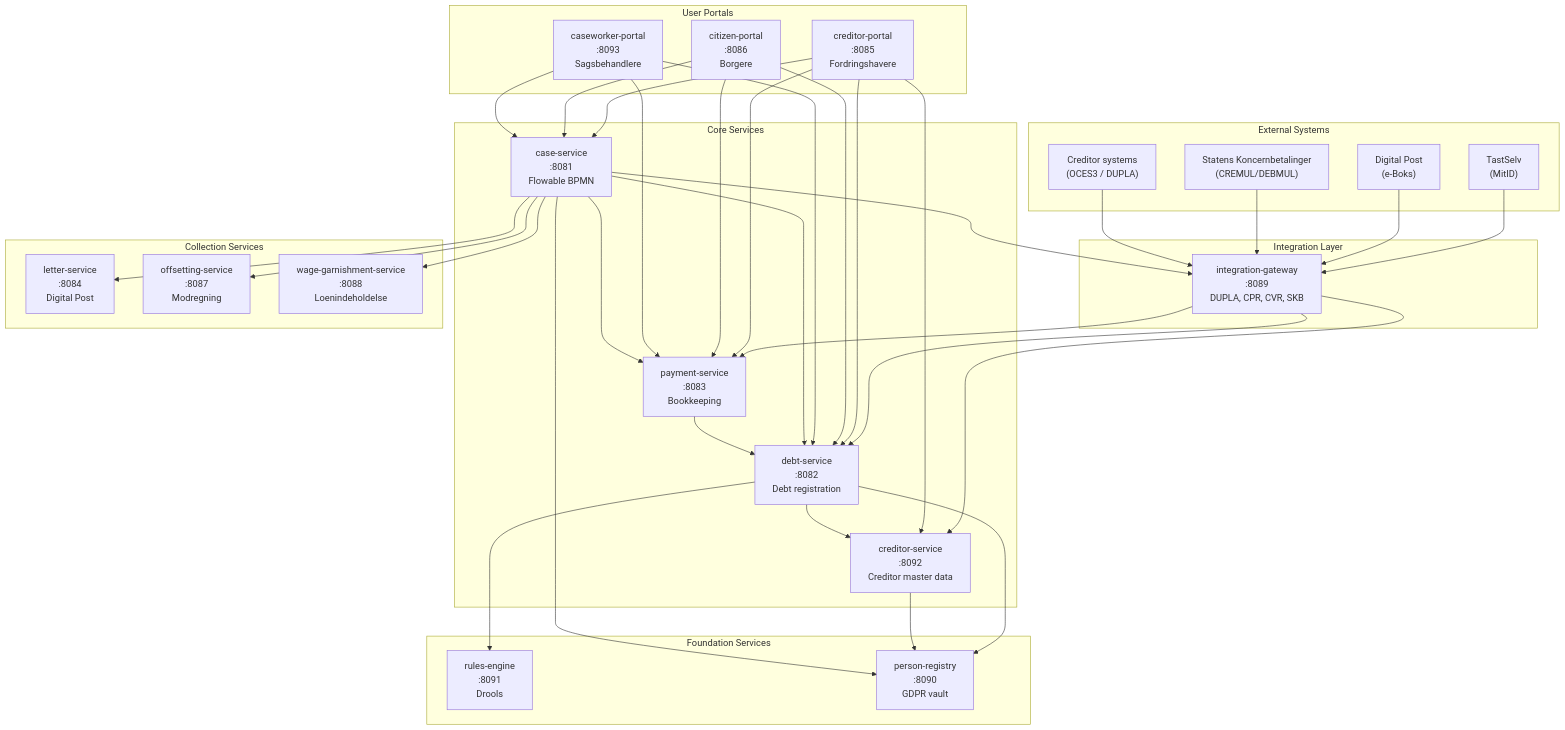
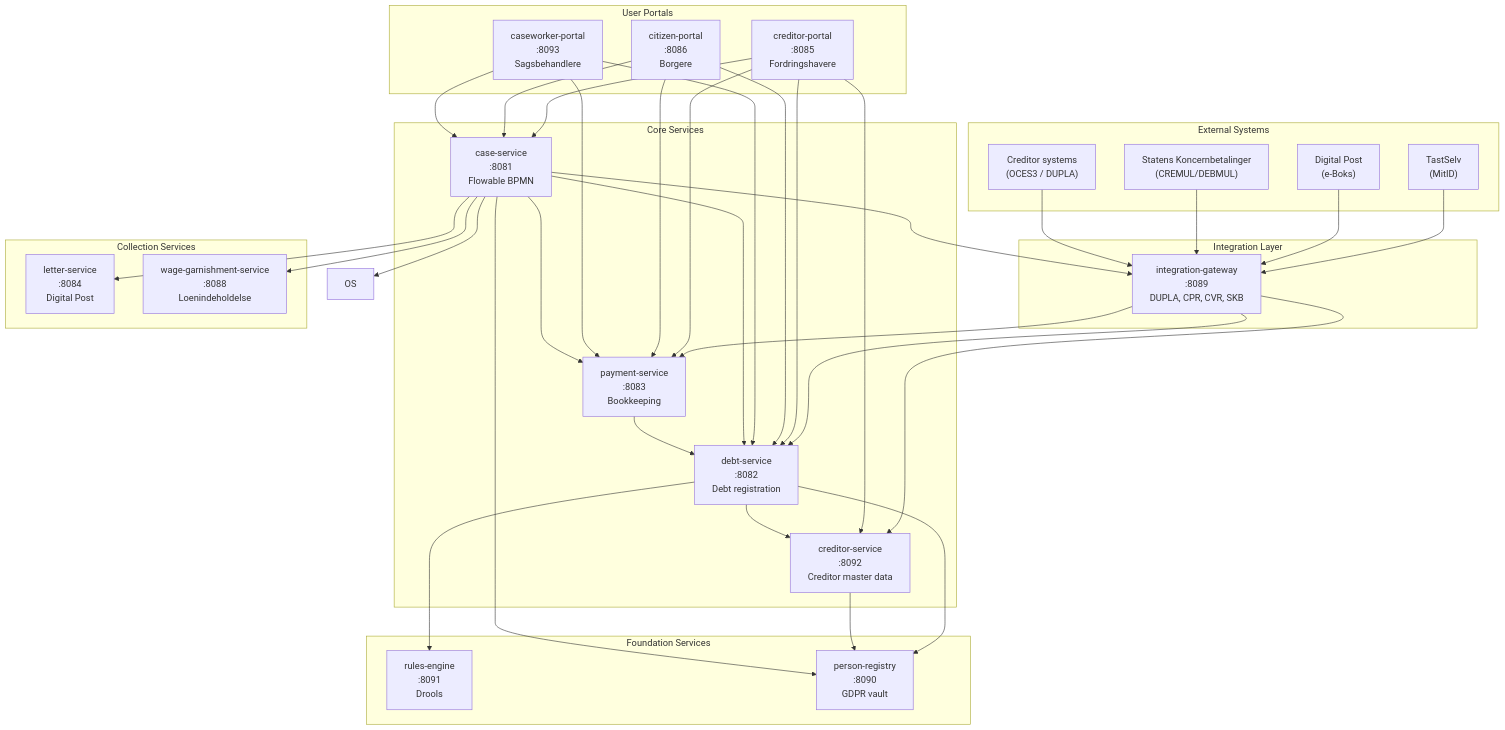
One commit to mfhens/opendebt changed the first of 7 diagrams in docs/architecture-overview.md. Above: the diagram before and after it, drawn with Mermaid. The commit also changed other lines of this file and 41 other files, not shown here.

````diff
--- a/docs/architecture-overview.md
+++ b/docs/architecture-overview.md
@@ -7,71 +7,70 @@
 ```mermaid
 graph TB
     subgraph External["External Systems"]
         TastSelv["TastSelv<br/>(MitID)"]
         DigitalPost["Digital Post<br/>(e-Boks)"]
         SKB["Statens Koncernbetalinger<br/>(CREMUL/DEBMUL)"]
         ES["Creditor systems<br/>(OCES3 / DUPLA)"]
     end
 
     subgraph Gateway["Integration Layer"]
         IG["integration-gateway<br/>:8089<br/>DUPLA, CPR, CVR, SKB"]
     end
 
     subgraph Portals["User Portals"]
         CP["creditor-portal<br/>:8085<br/>Fordringshavere"]
         BP["citizen-portal<br/>:8086<br/>Borgere"]
         CW["caseworker-portal<br/>:8093<br/>Sagsbehandlere"]
     end
 
     subgraph Core["Core Services"]
         DS["debt-service<br/>:8082<br/>Debt registration"]
         CS["case-service<br/>:8081<br/>Flowable BPMN"]
         PS["payment-service<br/>:8083<br/>Bookkeeping"]
         CRS["creditor-service<br/>:8092<br/>Creditor master data"]
     end
 
     subgraph Collection["Collection Services"]
         LS["letter-service<br/>:8084<br/>Digital Post"]
-        OS["offsetting-service<br/>:8087<br/>Modregning"]
         WG["wage-garnishment-service<br/>:8088<br/>Loenindeholdelse"]
     end
 
     subgraph Foundation["Foundation Services"]
         RE["rules-engine<br/>:8091<br/>Drools"]
         PR["person-registry<br/>:8090<br/>GDPR vault"]
     end
 
     TastSelv --> IG
     DigitalPost --> IG
     SKB --> IG
     ES --> IG
 
     IG --> PS
     IG --> DS
     IG --> CRS
 
     CP --> DS
     CP --> CS
     CP --> CRS
     CP --> PS
     BP --> DS
     BP --> CS
     BP --> PS
     CW --> DS
     CW --> CS
     CW --> PS
 
     CS --> DS
     CS --> PS
     CS --> LS
     CS --> OS
     CS --> WG
     CS --> IG
 
     DS --> RE
     DS --> PR
     DS --> CRS
     CRS --> PR
     CS --> PR
     PS --> DS
 ```
````
